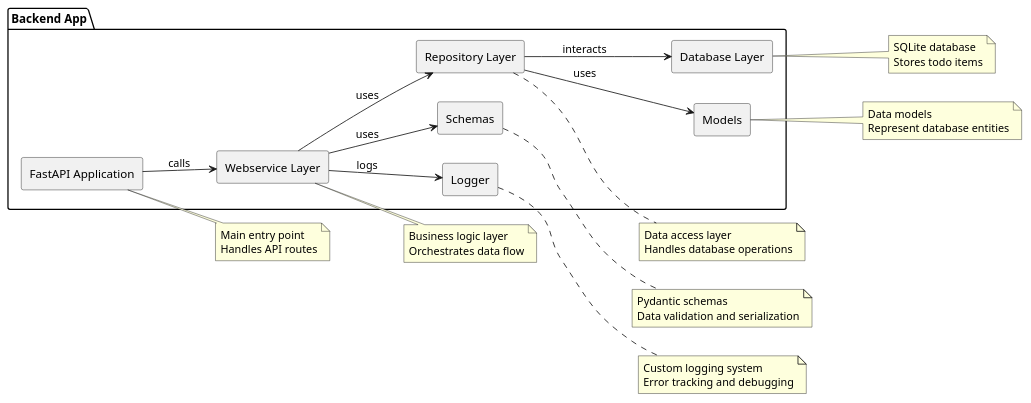
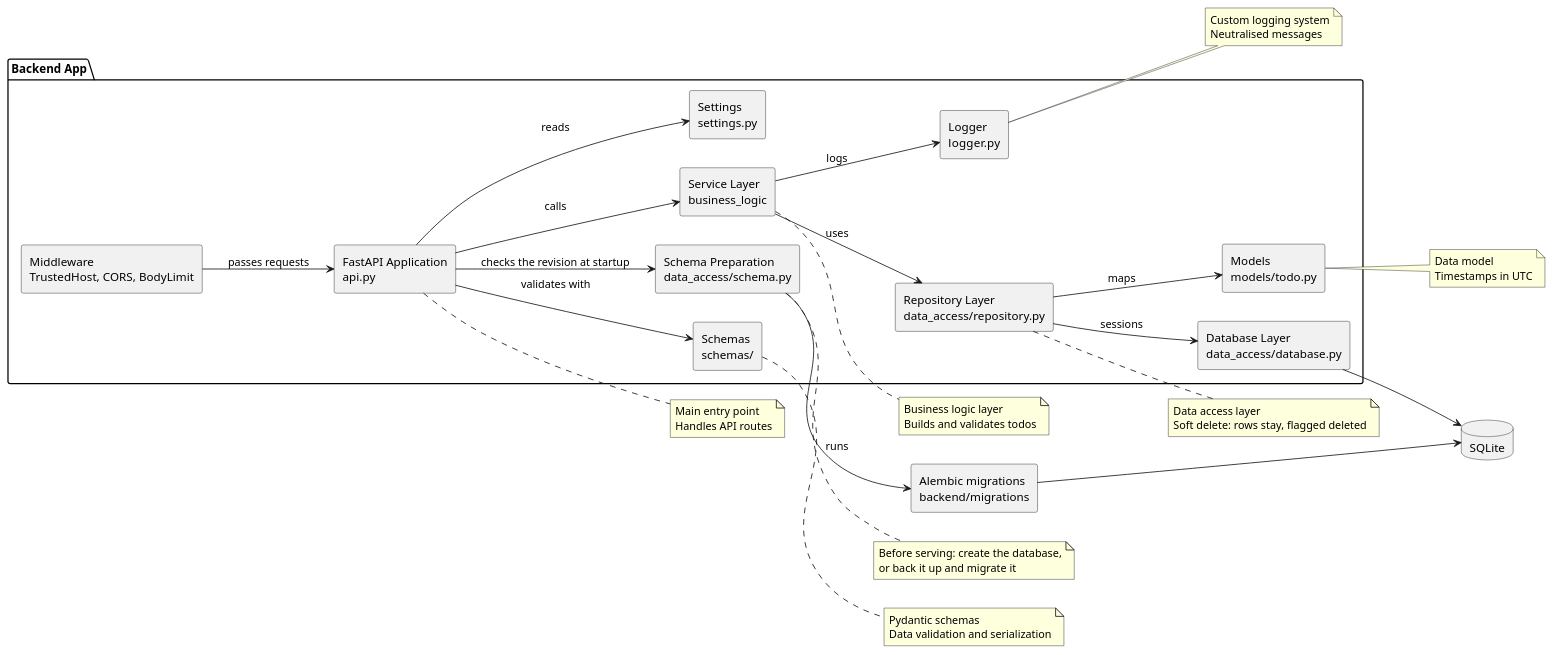
Before and after one commit to HubReb/basicToDo: the diagram in backend/architecture.puml, drawn with PlantUML. The commit also changed other lines of this file and 4 other files, not shown here.

First line of the commit message:
docs: README, PlantUML and API route descriptions (Q7)

```diff
--- a/backend/architecture.puml
+++ b/backend/architecture.puml
@@ -2,55 +1,69 @@
-@startuml
+@startuml architecture
+' The backend's layers (Phase 5); documentation/backend.puml has the classes.
 left to right direction
 skinparam componentStyle rectangle
+
 package "Backend App" {
-    [FastAPI Application] as App
-    [Webservice Layer] as Webservice
-    [Repository Layer] as Repository
-    [Database Layer] as Database
-    [Models] as Models
-    [Schemas] as Schemas
-    [Logger] as Logger
+    [Middleware\nTrustedHost, CORS, BodyLimit] as Middleware
+    [FastAPI Application\napi.py] as App
+    [Service Layer\nbusiness_logic] as Service
+    [Repository Layer\ndata_access/repository.py] as Repository
+    [Database Layer\ndata_access/database.py] as Database
+    [Schema Preparation\ndata_access/schema.py] as Schema
+    [Models\nmodels/todo.py] as Models
+    [Schemas\nschemas/] as Schemas
+    [Settings\nsettings.py] as Settings
+    [Logger\nlogger.py] as Logger
 }
 
-App --> Webservice : calls
-Webservice --> Repository : uses
-Repository --> Database : interacts
-Repository --> Models : uses
-Webservice --> Schemas : uses
-Webservice --> Logger : logs
+[Alembic migrations\nbackend/migrations] as Migrations
+database "SQLite" as SQLite
+
+Middleware --> App : passes requests
+App --> Service : calls
+App --> Schemas : validates with
+App --> Settings : reads
+App --> Schema : checks the revision at startup
+Service --> Repository : uses
+Service --> Logger : logs
+Repository --> Models : maps
+Repository --> Database : sessions
+Database --> SQLite
+Schema --> Migrations : runs
+Migrations --> SQLite
 
 note right of App
   Main entry point
   Handles API routes
 end note
 
-note right of Webservice
+note right of Service
   Business logic layer
-  Orchestrates data flow
+  Builds and validates todos
 end note
 
 note right of Repository
   Data access layer
-  Handles database operations
+  Soft delete: rows stay, flagged deleted
 end note
 
-note right of Database
-  SQLite database
-  Stores todo items
+note right of Schema
+  Before serving: create the database,
+  or back it up and migrate it
 end note
 
 note right of Models
-  Data models
-  Represent database entities
+  Data model
+  Timestamps in UTC
 end note
 
 note right of Schemas
   Pydantic schemas
   Data validation and serialization
 end note
 
 note right of Logger
   Custom logging system
-  Error tracking and debugging
+  Neutralised messages
 end note
 @enduml
```
